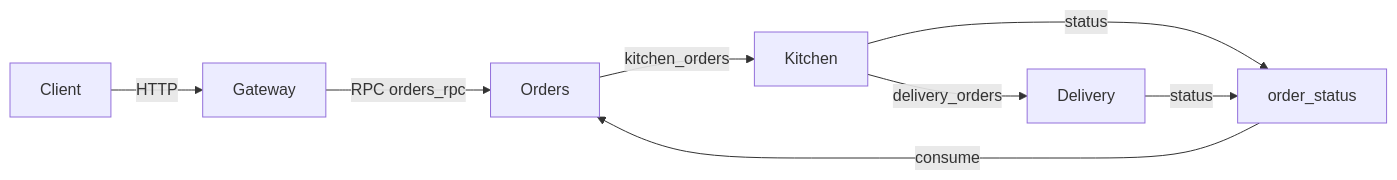
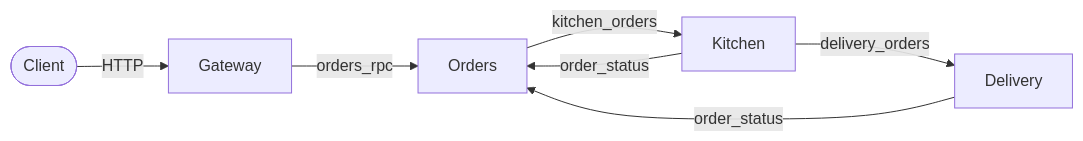
The diagram in README.md (VictorNagibator/pizza-delivery), drawn with Mermaid before and after one commit. The commit also changed other lines of this file, not shown here.

Commit message:
Revise architecture diagram in README
Updated the architecture diagram and clarified service responsibilities.

````diff
--- a/README.md
+++ b/README.md
@@ -14,10 +14,9 @@
 ```mermaid
 flowchart LR
-    Client -->|HTTP| Gateway
-    Gateway -->|RPC orders_rpc| Orders
-    Orders -->|kitchen_orders| Kitchen
-    Kitchen -->|delivery_orders| Delivery
-    Kitchen -->|status| Status[order_status]
-    Delivery -->|status| Status
-    Status -->|consume| Orders
+    Client([Client]) -->|"HTTP"| Gateway[Gateway]
+    Gateway -->|"orders_rpc"| Orders[Orders]
+    Orders -->|"kitchen_orders"| Kitchen[Kitchen]
+    Kitchen -->|"delivery_orders"| Delivery[Delivery]
+    Kitchen -->|"order_status"| Orders
+    Delivery -->|"order_status"| Orders
 ```
````
